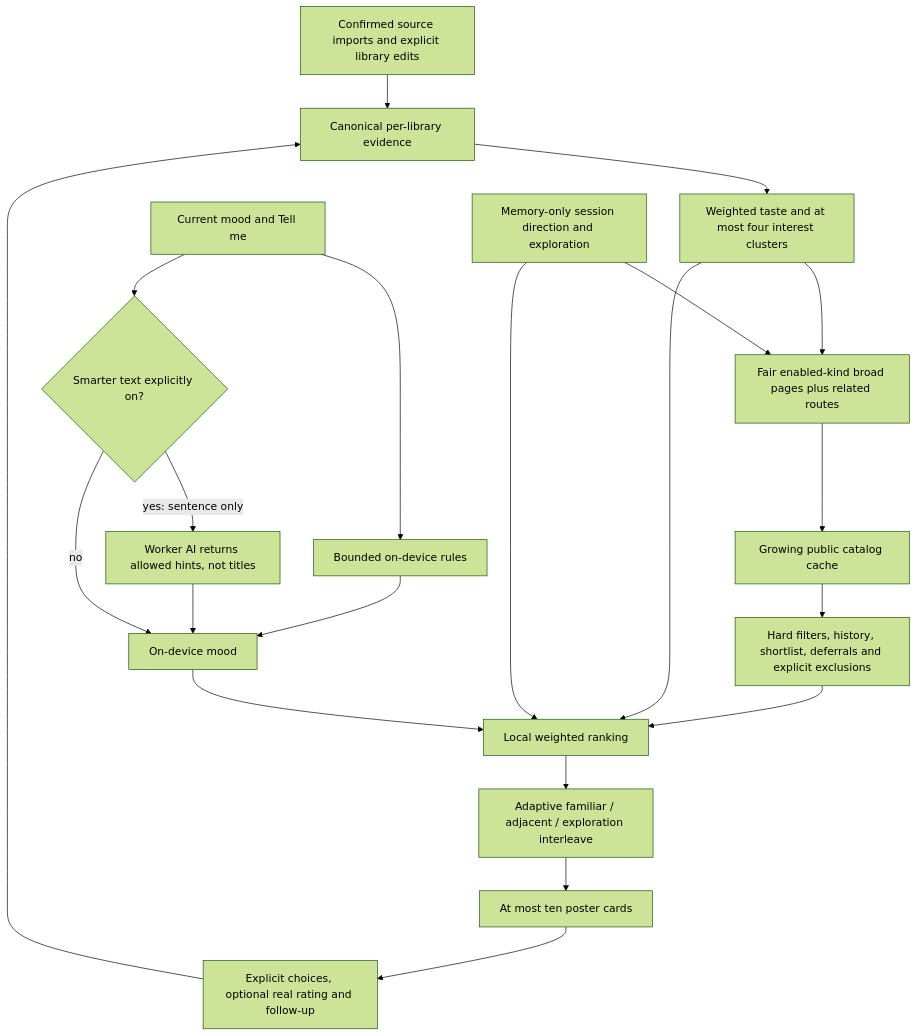
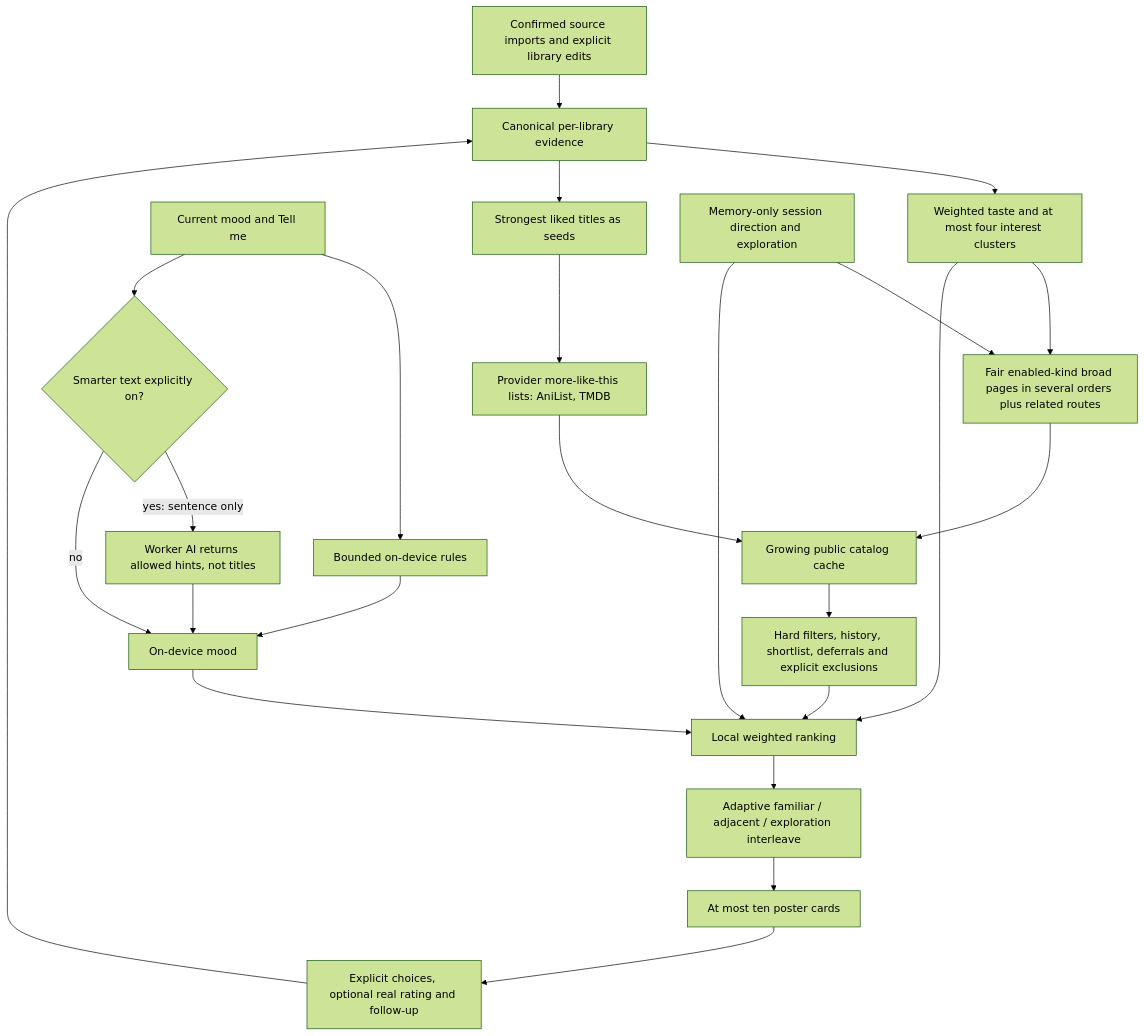
One commit to DdarkSaber/cue changed the diagram in docs/ARCHITECTURE.md. Above: the diagram before and after it, drawn with Mermaid (forest theme). The commit also changed 1 other file, not shown here.

Commit message:
Document deep paging and taste-seeded retrieval

````diff
--- a/docs/ARCHITECTURE.md
+++ b/docs/ARCHITECTURE.md
@@ -39,23 +39,26 @@
 ```mermaid
 flowchart TD
   I[Confirmed source imports and explicit library edits] --> C[Canonical per-library evidence]
   C --> T[Weighted taste and at most four interest clusters]
   U[Current mood and Tell me] --> R[Bounded on-device rules]
   U --> A{Smarter text explicitly on?}
   A -->|yes: sentence only| H[Worker AI returns allowed hints, not titles]
   A -->|no| M[On-device mood]
   R --> M
   H --> M
-  T --> F[Fair enabled-kind broad pages plus related routes]
+  T --> F[Fair enabled-kind broad pages in several orders plus related routes]
+  C --> L[Strongest liked titles as seeds]
+  L --> F2[Provider more-like-this lists: AniList, TMDB]
+  F2 --> P
   S[Memory-only session direction and exploration] --> F
   F --> P[Growing public catalog cache]
   P --> E[Hard filters, history, shortlist, deferrals and explicit exclusions]
   E --> K[Local weighted ranking]
   T --> K
   M --> K
   S --> K
   K --> D[Adaptive familiar / adjacent / exploration interleave]
   D --> V[At most ten poster cards]
   V --> Q[Explicit choices, optional real rating and follow-up]
   Q --> C
 ```
````
